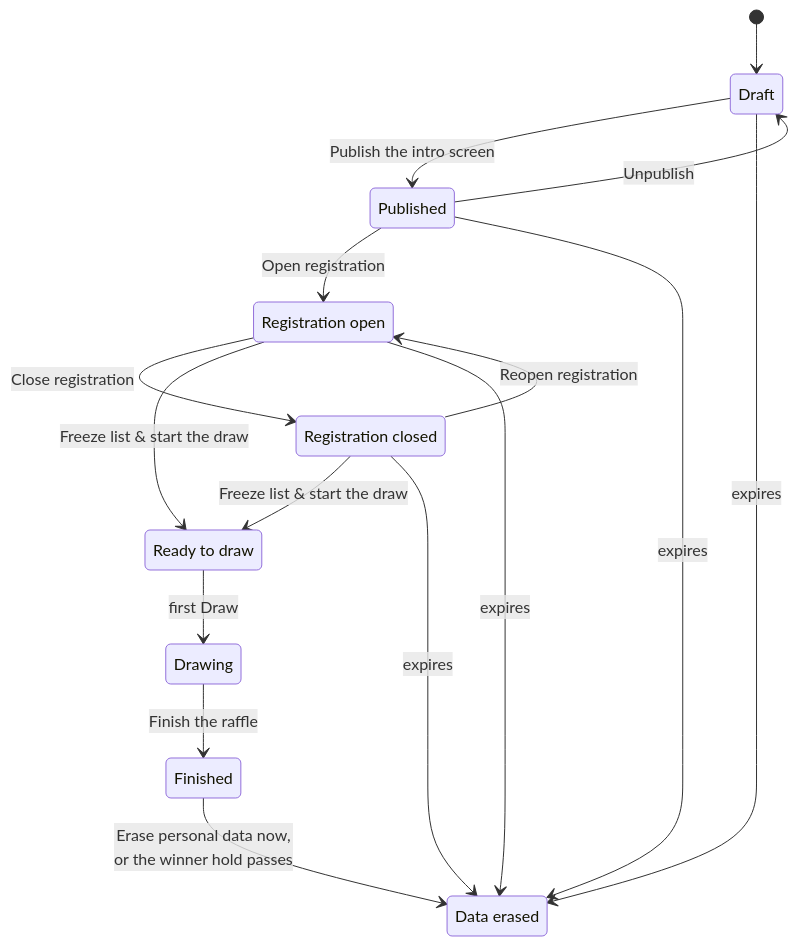
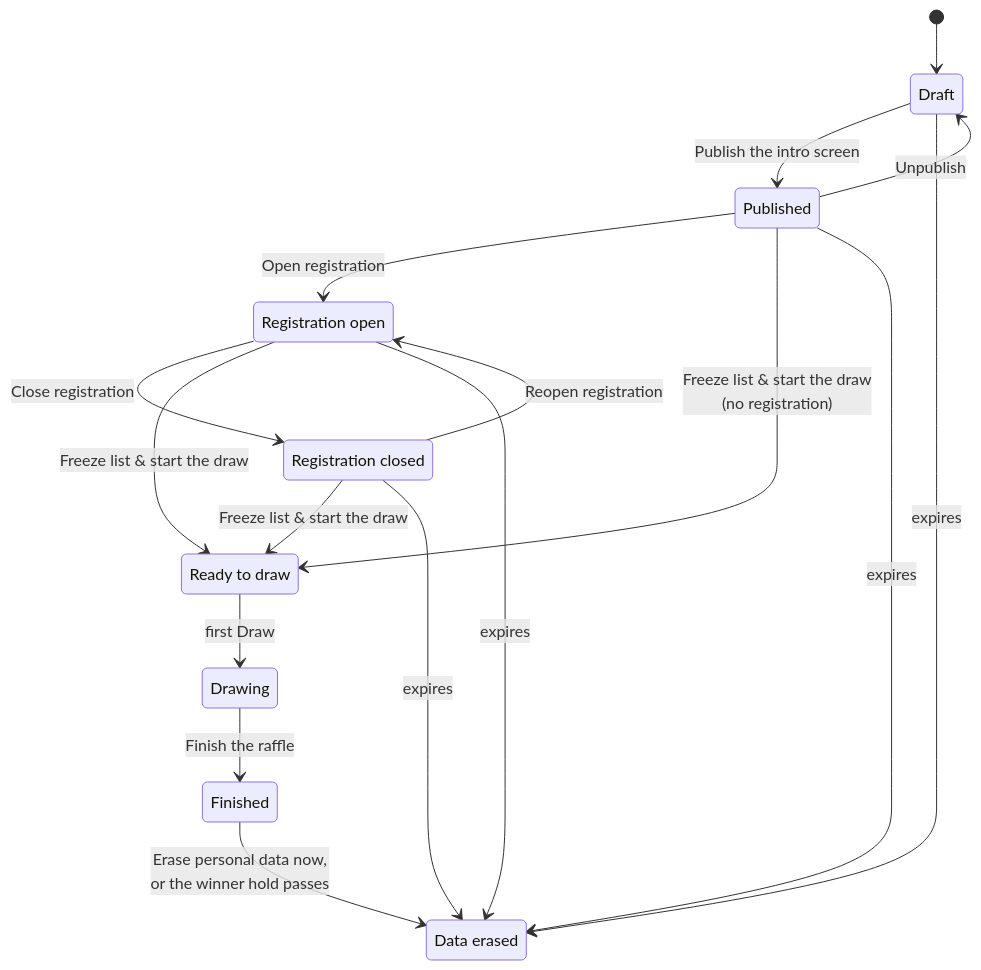
The second of 2 diagrams in docs/guide/running-a-raffle.md (sagikazarmark/rafi.orig), drawn with Mermaid before and after one commit. The commit also changed other lines of this file and 33 other files, not shown here.

````diff
--- a/docs/guide/running-a-raffle.md
+++ b/docs/guide/running-a-raffle.md
@@ -30,27 +30,28 @@
 ```mermaid
 stateDiagram-v2
     state "Draft" as Draft
     state "Published" as Ready
     state "Registration open" as Open
     state "Registration closed" as Closed
     state "Ready to draw" as Frozen
     state "Drawing" as Drawing
     state "Finished" as Finished
     state "Data erased" as Purged
 
     [*] --> Draft
     Draft --> Ready: Publish the intro screen
     Ready --> Draft: Unpublish
     Ready --> Open: Open registration
     Open --> Closed: Close registration
     Closed --> Open: Reopen registration
     Open --> Frozen: Freeze list & start the draw
     Closed --> Frozen: Freeze list & start the draw
+    Ready --> Frozen: Freeze list & start the draw<br/>(no registration)
     Frozen --> Drawing: first Draw
     Drawing --> Finished: Finish the raffle
     Finished --> Purged: Erase personal data now,<br/>or the winner hold passes
     Draft --> Purged: expires
     Ready --> Purged: expires
     Open --> Purged: expires
     Closed --> Purged: expires
 ```
````
